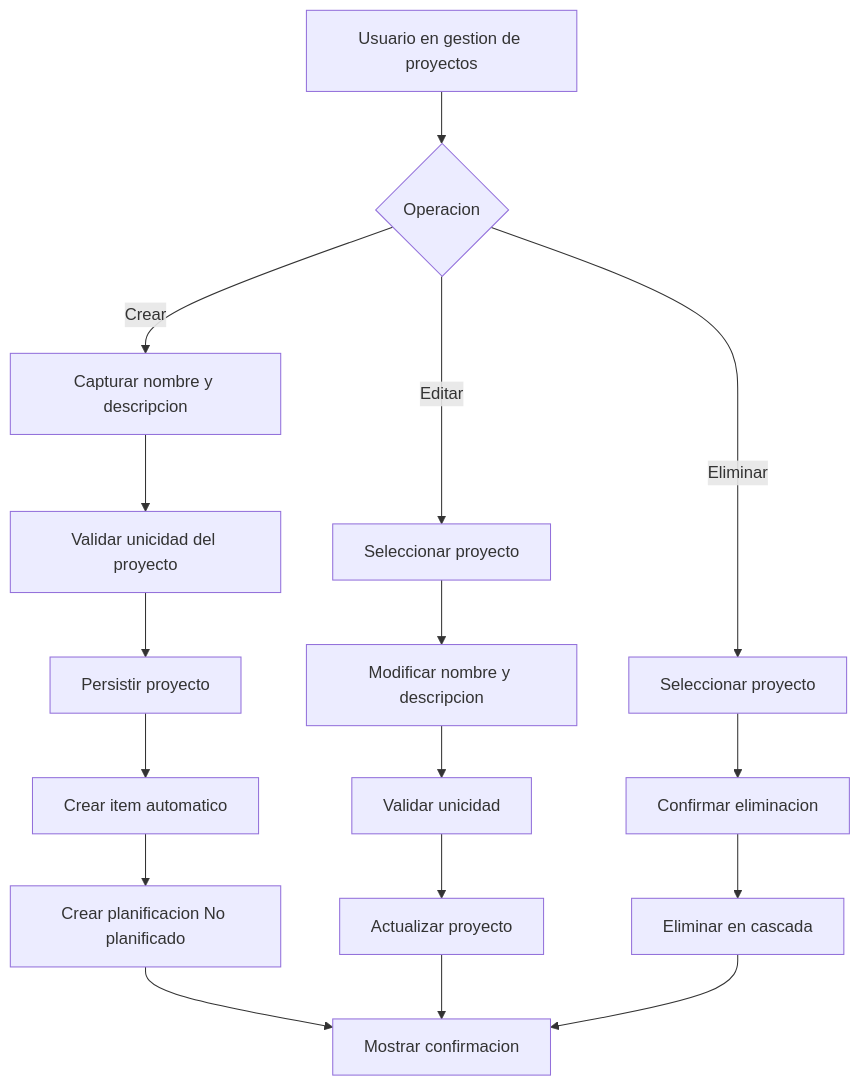
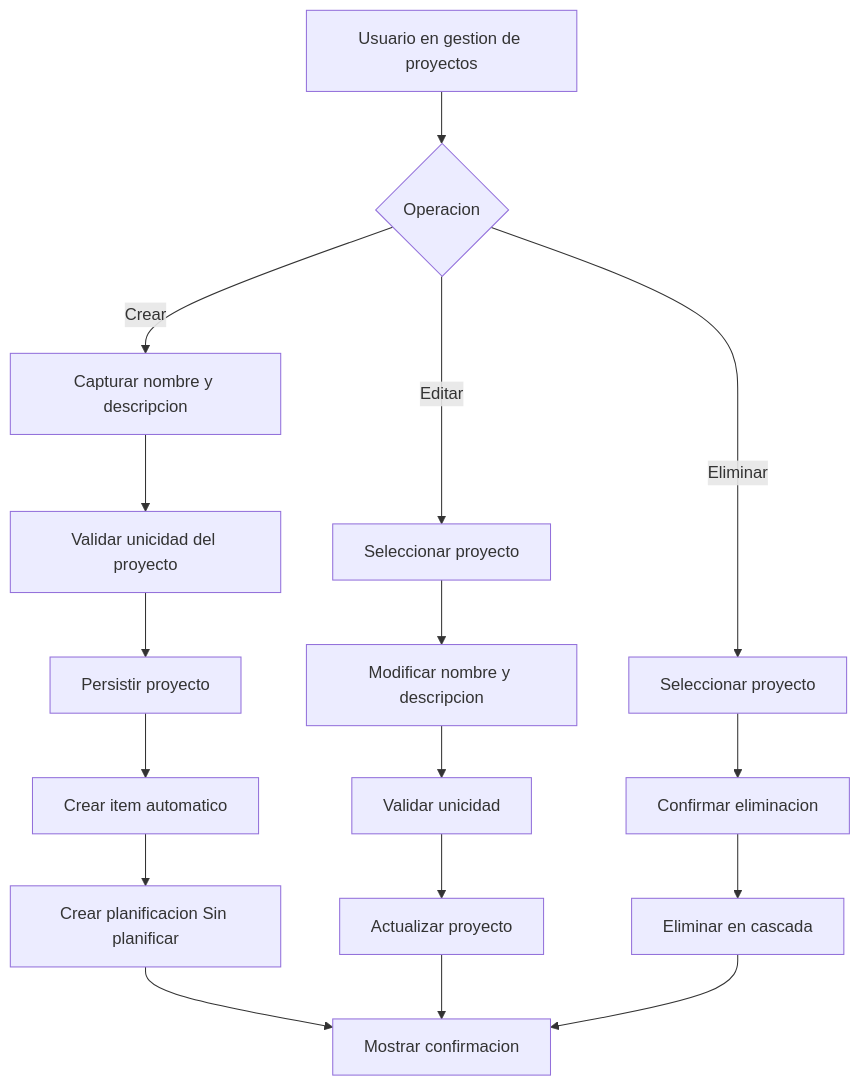
Before and after one commit to serpegon11710-byte/Planificacion_2.0: the diagram in docs/casos-uso/UC-01.2-gestion-proyecto.md, drawn with Mermaid. The commit also changed other lines of this file and 35 other files, not shown here.

````diff
--- a/docs/casos-uso/UC-01.2-gestion-proyecto.md
+++ b/docs/casos-uso/UC-01.2-gestion-proyecto.md
@@ -19,22 +19,22 @@
 ```mermaid
 flowchart TD
    A[Usuario en gestion de proyectos] --> B{Operacion}
 
    B -->|Crear| C[Capturar nombre y descripcion]
    C --> D[Validar unicidad del proyecto]
    D --> E[Persistir proyecto]
    E --> F[Crear item automatico]
-   F --> G[Crear planificacion No planificado]
+   F --> G[Crear planificacion Sin planificar]
    G --> H[Mostrar confirmacion]
 
    B -->|Editar| I[Seleccionar proyecto]
    I --> J[Modificar nombre y descripcion]
    J --> K[Validar unicidad]
    K --> L[Actualizar proyecto]
    L --> H
 
    B -->|Eliminar| M[Seleccionar proyecto]
    M --> N[Confirmar eliminacion]
    N --> O[Eliminar en cascada]
    O --> H
 ```
````
